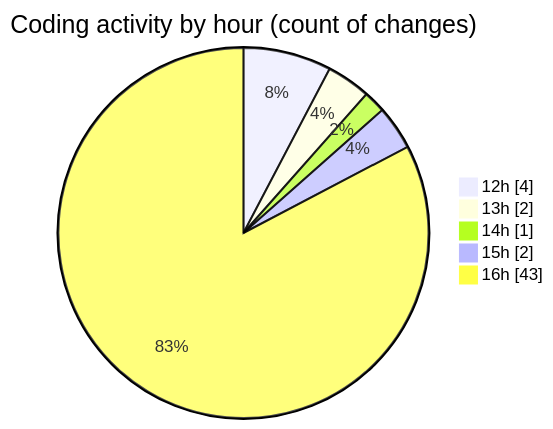
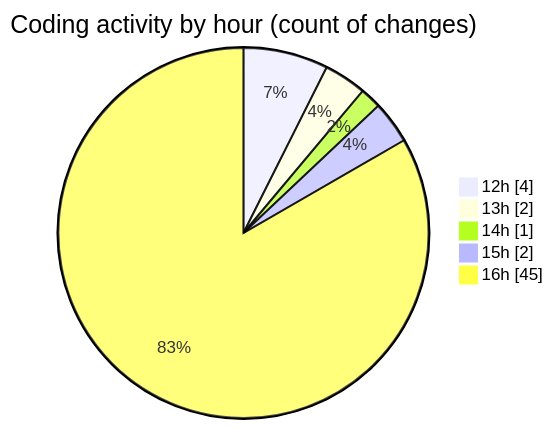
One commit to nxtqubesakshisongat/code-tracking changed the second of 2 diagrams in 2026-06-12/nxtqube_webapp/README.md. Above: the diagram before and after it, drawn with Mermaid. The commit also changed other lines of this file and 1 other file, not shown here.

````diff
--- a/2026-06-12/nxtqube_webapp/README.md
+++ b/2026-06-12/nxtqube_webapp/README.md
@@ -30,9 +30,9 @@
 ```mermaid
 pie showData
 title Coding activity by hour (count of changes)
 "12h" : 4
 "13h" : 2
 "14h" : 1
 "15h" : 2
-"16h" : 43
+"16h" : 45
 ```
````
